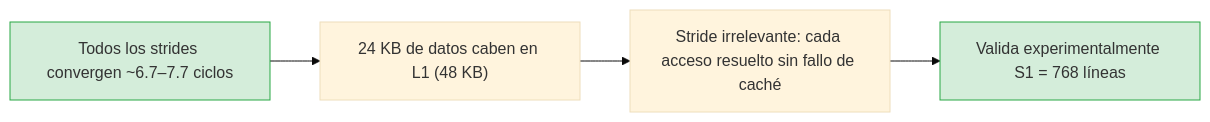
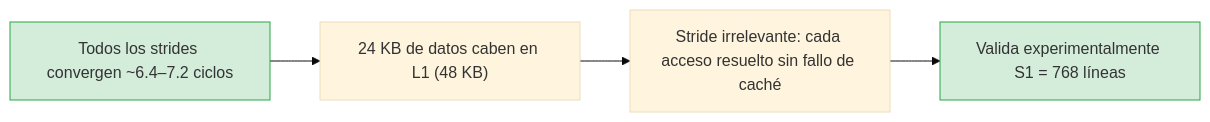
One commit to Alvaro-USC/ArqComp-Practica1 changed the third of 5 diagrams in RESULTS.md. Above: the diagram before and after it, drawn with Mermaid (base theme). The commit also changed other lines of this file and 4 other files, not shown here.

````diff
--- a/RESULTS.md
+++ b/RESULTS.md
@@ -179,12 +189,12 @@
 ```mermaid
 graph LR
-    A["Todos los strides convergen ~6.7–7.7 ciclos"]
+    A["Todos los strides convergen ~6.4–7.2 ciclos"]
     B["24 KB de datos caben en L1 (48 KB)"]
     C["Stride irrelevante: cada acceso resuelto sin fallo de caché"]
     D["Valida experimentalmente S1 = 768 líneas"]
 
     A --> B --> C --> D
 
     style A fill:#d4edda,stroke:#28a745
     style D fill:#d4edda,stroke:#28a745
 ```
````
